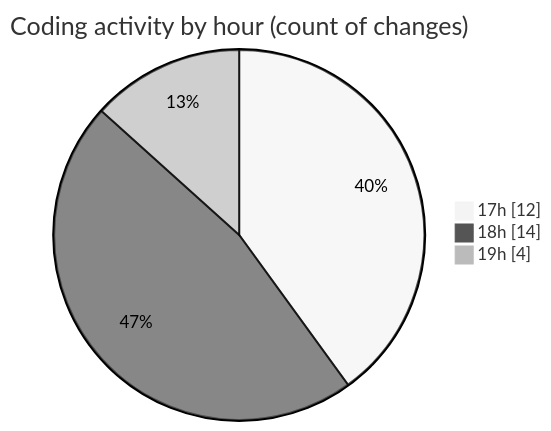
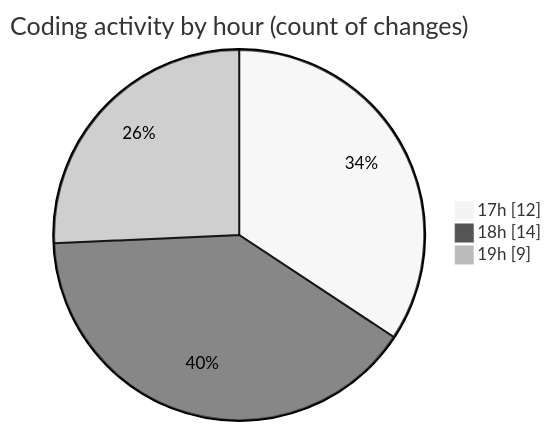
Before and after one commit to donsfak/code-tracking: the second of 2 diagrams in 2025-02-16/uber_clone/README.md, drawn with Mermaid (neutral theme). The commit also changed other lines of this file and 1 other file, not shown here.

````diff
--- a/2025-02-16/uber_clone/README.md
+++ b/2025-02-16/uber_clone/README.md
@@ -40,7 +41,7 @@
 ```mermaid
 pie showData
 title Coding activity by hour (count of changes)
 "17h" : 12
 "18h" : 14
-"19h" : 4
+"19h" : 9
 ```
````
